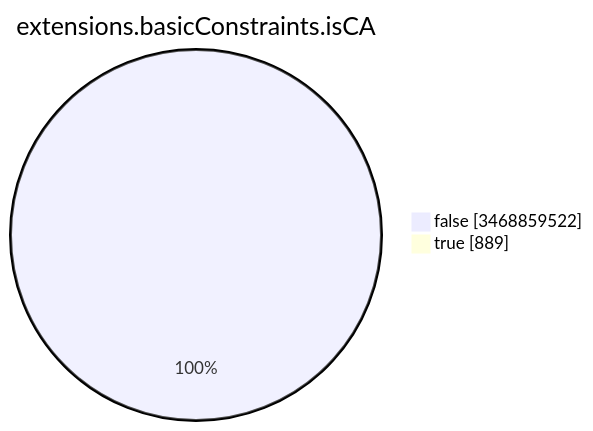
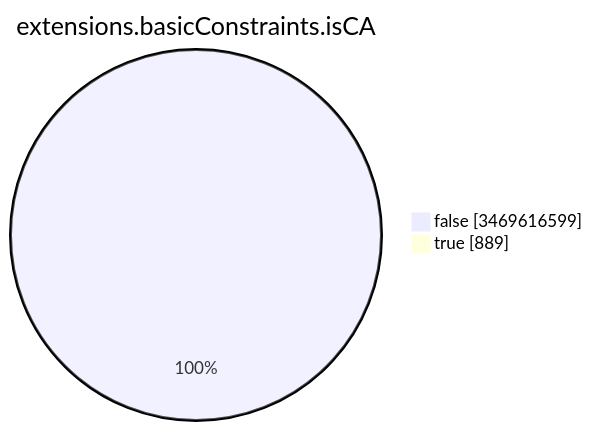
Before and after one commit to christiankrug/ctmonitor_visualization: the seventh of 15 diagrams in TOTAL/README.md, drawn with Mermaid. The commit also changed other lines of this file, not shown here.

````diff
--- a/TOTAL/README.md
+++ b/TOTAL/README.md
@@ -3093,6 +3093,6 @@
 ```mermaid
 pie showData
 title extensions.basicConstraints.isCA
-"false" :3468859522
+"false" :3469616599
 "true" :889
 ```
````
